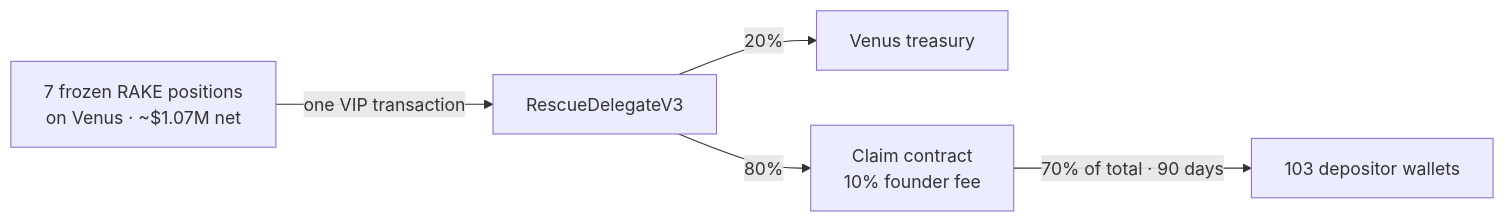
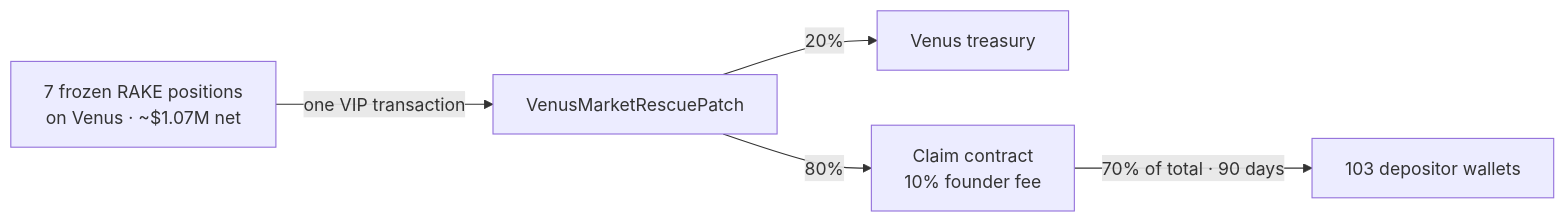
The diagram in README.md (Lefgk/rake-venus-proposal), drawn with Mermaid before and after one commit. The commit also changed other lines of this file and 17 other files, not shown here.

First line of the commit message:
Rename contracts: RakeDepositorsClaim, VenusMarketRescuePatch

````diff
--- a/README.md
+++ b/README.md
@@ -3,7 +3,7 @@
 ```mermaid
 flowchart LR
-    F["7 frozen RAKE positions<br/>on Venus · ~$1.07M net"] -->|"one VIP transaction"| S["RescueDelegateV3"]
+    F["7 frozen RAKE positions<br/>on Venus · ~$1.07M net"] -->|"one VIP transaction"| S["VenusMarketRescuePatch"]
     S -->|"20%"| V["Venus treasury"]
     S -->|"80%"| C["Claim contract<br/>10% founder fee"]
     C -->|"70% of total · 90 days"| D["103 depositor wallets"]
 ```
````
